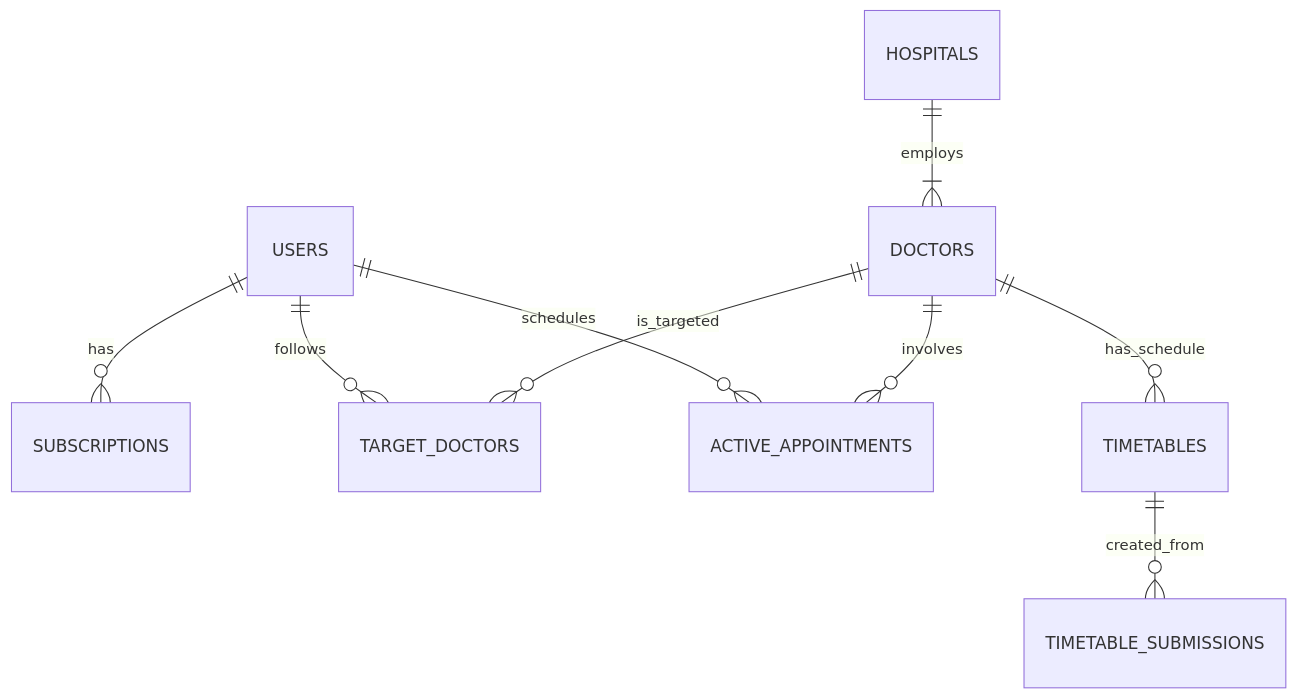
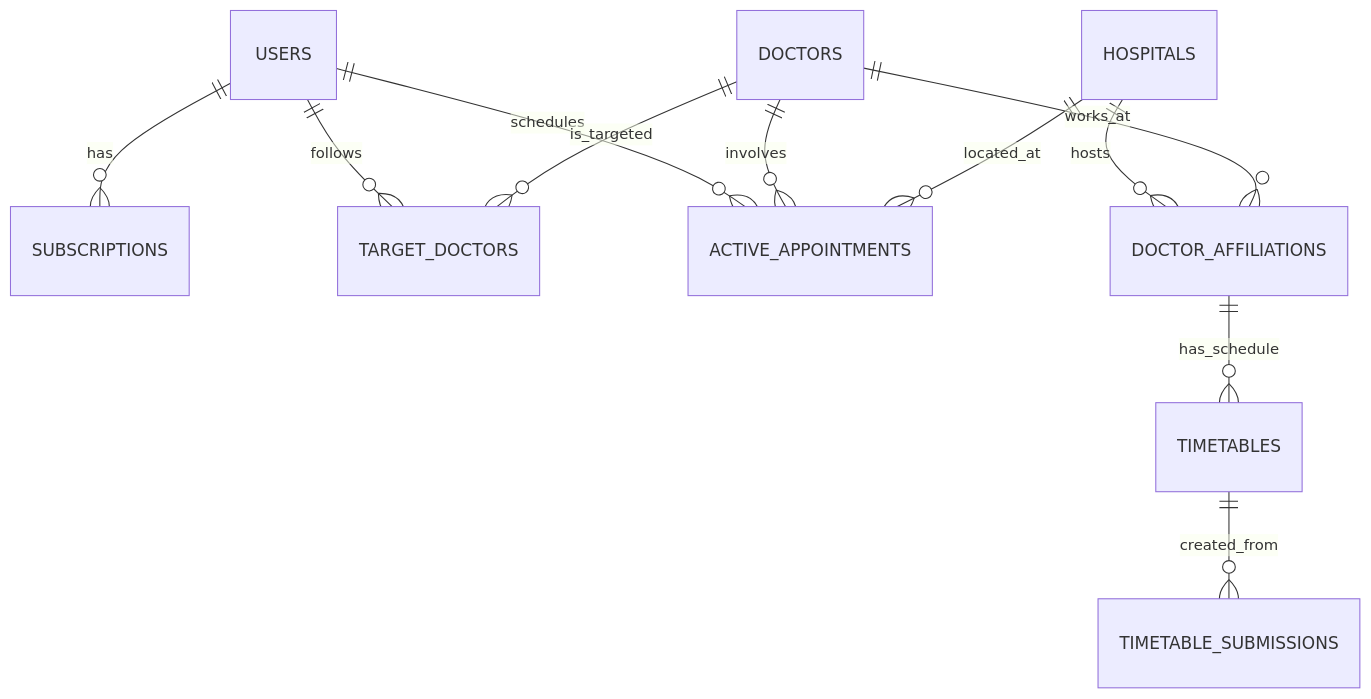
One commit to ilovetai1/janet_sales_calendar_Gen2_opencode changed the diagram in docs/Database_Schema_planA.md. Above: the diagram before and after it, drawn with Mermaid. The commit also changed other lines of this file, not shown here.

Commit message:
docs: redesign doctor-hospital relationship as many-to-many in Database_Schema_planA

````diff
--- a/docs/Database_Schema_planA.md
+++ b/docs/Database_Schema_planA.md
@@ -14,11 +14,13 @@
 ```mermaid
 erDiagram
     USERS ||--o{ SUBSCRIPTIONS : has
     USERS ||--o{ TARGET_DOCTORS : follows
     USERS ||--o{ ACTIVE_APPOINTMENTS : schedules
-    HOSPITALS ||--|{ DOCTORS : employs
-    DOCTORS ||--o{ TIMETABLES : has_schedule
+    HOSPITALS ||--o{ DOCTOR_AFFILIATIONS : hosts
+    DOCTORS ||--o{ DOCTOR_AFFILIATIONS : works_at
+    DOCTOR_AFFILIATIONS ||--o{ TIMETABLES : has_schedule
     DOCTORS ||--o{ TARGET_DOCTORS : is_targeted
     DOCTORS ||--o{ ACTIVE_APPOINTMENTS : involves
+    HOSPITALS ||--o{ ACTIVE_APPOINTMENTS : located_at
     TIMETABLES ||--o{ TIMETABLE_SUBMISSIONS : created_from
 ```
````
